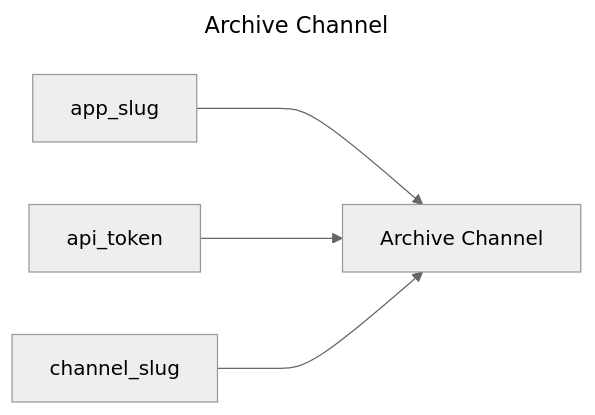
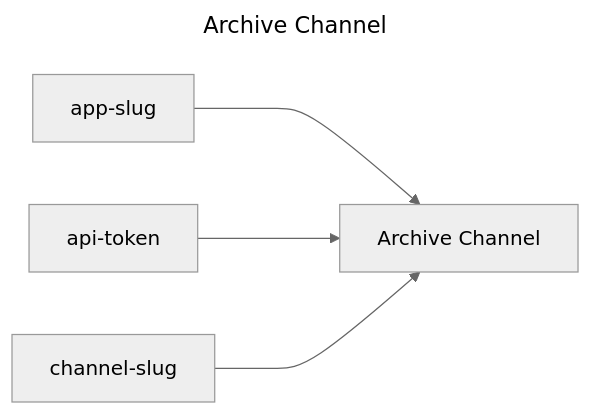
One commit to replicatedhq/replicated-actions changed the diagram in archive-channel/README.md. Above: the diagram before and after it, drawn with Mermaid (neutral theme). The commit also changed 12 other files, not shown here.

````diff
--- a/archive-channel/README.md
+++ b/archive-channel/README.md
@@ -3,10 +3,13 @@
 ```mermaid
 ---
 title: Archive Channel
 ---
 graph LR
 archive_channel["Archive Channel"]
+app_slug["app-slug"]
+api_token["api-token"]
+channel_slug["channel-slug"]
 app_slug ---> archive_channel
 api_token ---> archive_channel
 channel_slug ---> archive_channel
 ```
````
